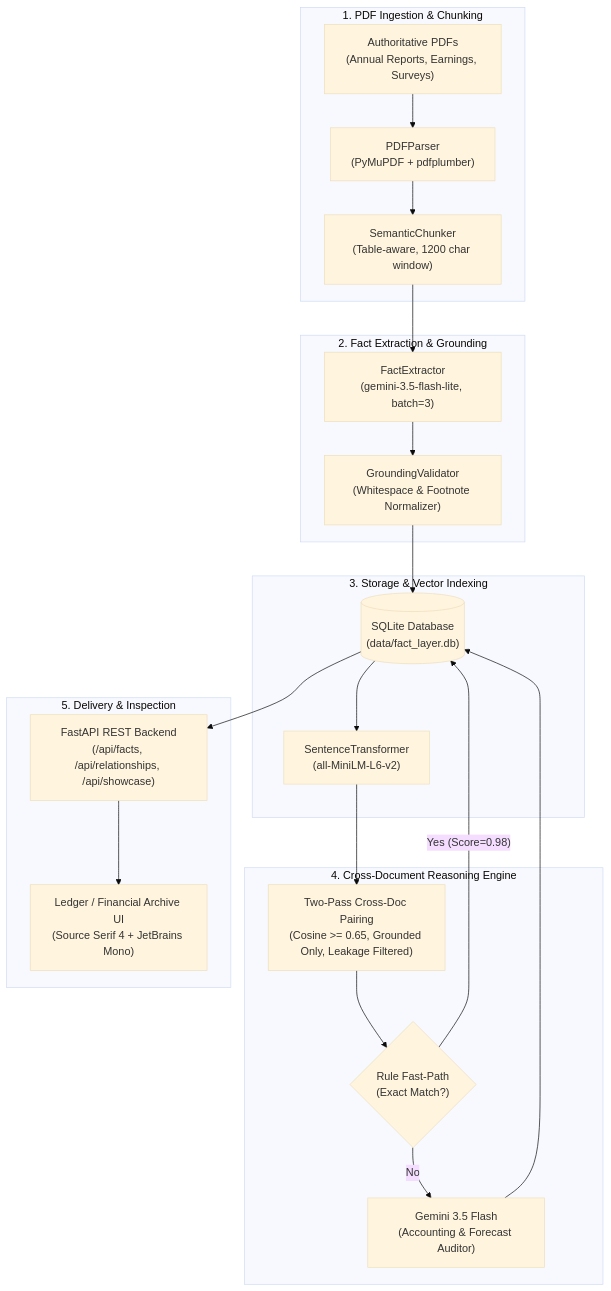
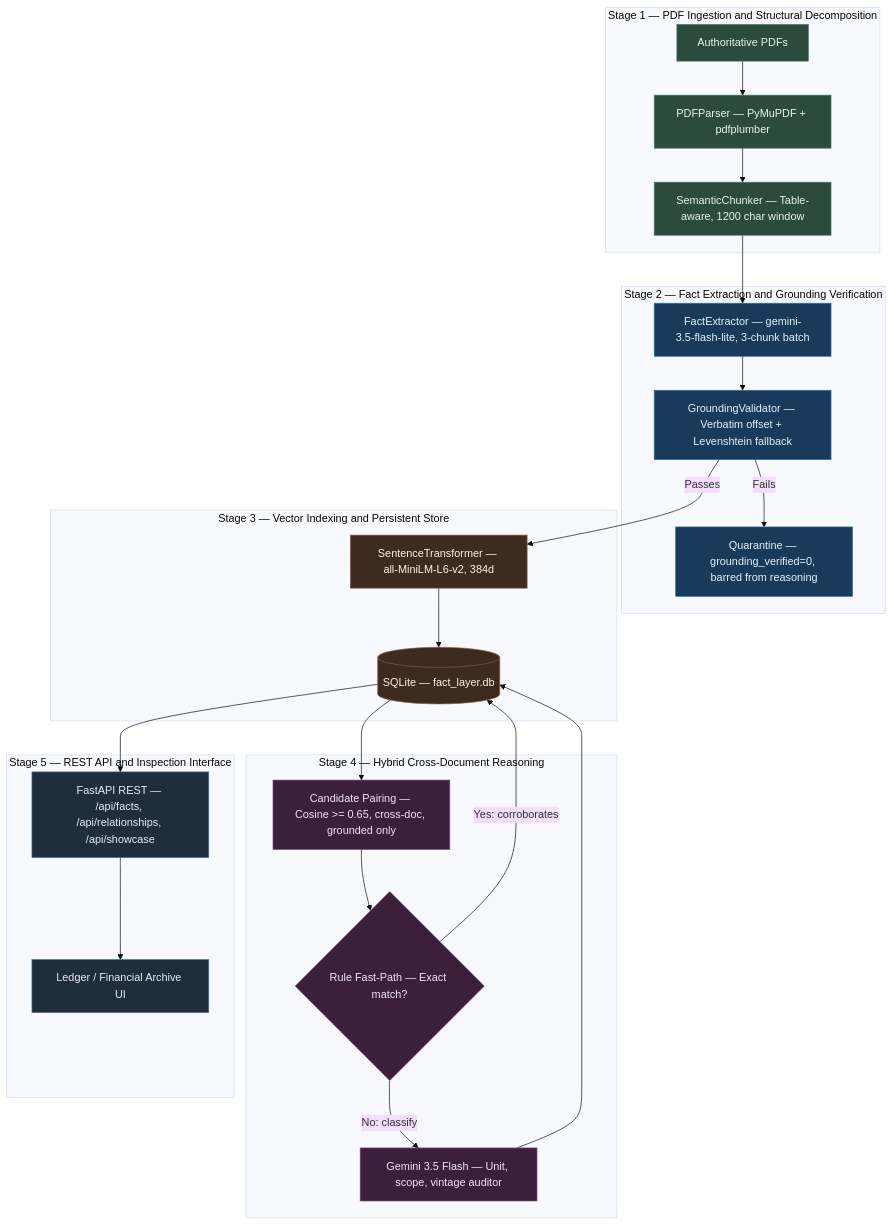
One commit to notaanidhya/SuperJoin_Project changed the diagram in README.md. Above: the diagram before and after it, drawn with Mermaid (base theme). The commit also changed other lines of this file, not shown here.

Commit message:
docs: rewrite README to production grade - remove emojis, add colored mermaid diagram, professional tone

````diff
--- a/README.md
+++ b/README.md
@@ -24,41 +24,44 @@
 ```mermaid
 flowchart TD
-    subgraph Ingestion ["1. PDF Ingestion & Chunking"]
-        PDF["Authoritative PDFs<br>(Annual Reports, Earnings, Surveys)"]
-        Parser["PDFParser<br>(PyMuPDF + pdfplumber)"]
-        Chunker["SemanticChunker<br>(Table-aware, 1200 char window)"]
+    classDef ingestion fill:#2D4A3E,stroke:#4A7C5F,color:#E8F5E9
+    classDef extraction fill:#1A3A5C,stroke:#2E6DA4,color:#E3F2FD
+    classDef storage fill:#3D2B1F,stroke:#8B5E3C,color:#FFF3E0
+    classDef reasoning fill:#3B1F3B,stroke:#7B4A7B,color:#F3E5F5
+    classDef delivery fill:#1F2D3D,stroke:#4A6FA5,color:#E8EAF6
+
+    subgraph Ingestion ["Stage 1 — PDF Ingestion and Structural Decomposition"]
+        PDF["Authoritative PDFs"]:::ingestion
+        Parser["PDFParser — PyMuPDF + pdfplumber"]:::ingestion
+        Chunker["SemanticChunker — Table-aware, 1200 char window"]:::ingestion
         PDF --> Parser --> Chunker
     end
 
-    subgraph Extraction ["2. Fact Extraction & Grounding"]
-        Extractor["FactExtractor<br>(gemini-3.5-flash-lite, batch=3)"]
-        Validator["GroundingValidator<br>(Whitespace & Footnote Normalizer)"]
-        Chunker --> Extractor
-        Extractor --> Validator
+    subgraph Extraction ["Stage 2 — Fact Extraction and Grounding Verification"]
+        Extractor["FactExtractor — gemini-3.5-flash-lite, 3-chunk batch"]:::extraction
+        Validator["GroundingValidator — Verbatim offset + Levenshtein fallback"]:::extraction
+        Quarantine["Quarantine — grounding_verified=0, barred from reasoning"]:::extraction
+        Chunker --> Extractor --> Validator
+        Validator -- "Fails" --> Quarantine
     end
 
-    subgraph Storage ["3. Storage & Vector Indexing"]
-        DB[("SQLite Database<br>(data/fact_layer.db)")]
-        Embedder["SentenceTransformer<br>(all-MiniLM-L6-v2)"]
-        Validator --> DB
-        DB --> Embedder
+    subgraph Storage ["Stage 3 — Vector Indexing and Persistent Store"]
+        Embedder["SentenceTransformer — all-MiniLM-L6-v2, 384d"]:::storage
+        DB[("SQLite — fact_layer.db")]:::storage
+        Validator -- "Passes" --> Embedder --> DB
     end
 
-    subgraph Reasoning ["4. Cross-Document Reasoning Engine"]
-        Pairing["Two-Pass Cross-Doc Pairing<br>(Cosine >= 0.65, Grounded Only, Leakage Filtered)"]
-        FastPath{"Rule Fast-Path<br>(Exact Match?)"}
-        LLMReasoning["Gemini 3.5 Flash<br>(Accounting & Forecast Auditor)"]
-        
-        Embedder --> Pairing
-        Pairing --> FastPath
-        FastPath -- "Yes (Score=0.98)" --> DB
-        FastPath -- "No" --> LLMReasoning --> DB
+    subgraph Reasoning ["Stage 4 — Hybrid Cross-Document Reasoning"]
+        Pairing["Candidate Pairing — Cosine >= 0.65, cross-doc, grounded only"]:::reasoning
+        FastPath{"Rule Fast-Path — Exact match?"}:::reasoning
+        LLMReasoning["Gemini 3.5 Flash — Unit, scope, vintage auditor"]:::reasoning
+        DB --> Pairing --> FastPath
+        FastPath -- "Yes: corroborates" --> DB
+        FastPath -- "No: classify" --> LLMReasoning --> DB
     end
 
-    subgraph Delivery ["5. Delivery & Inspection"]
-        API["FastAPI REST Backend<br>(/api/facts, /api/relationships, /api/showcase)"]
-        UI["Ledger / Financial Archive UI<br>(Source Serif 4 + JetBrains Mono)"]
-        DB --> API
-        API --> UI
+    subgraph Delivery ["Stage 5 — REST API and Inspection Interface"]
+        API["FastAPI REST — /api/facts, /api/relationships, /api/showcase"]:::delivery
+        UI["Ledger / Financial Archive UI"]:::delivery
+        DB --> API --> UI
     end
 ```
````
